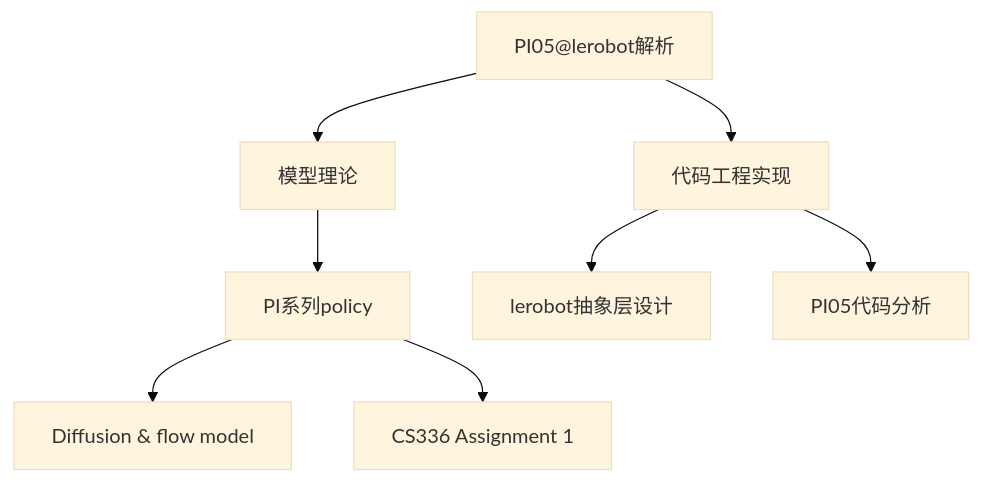
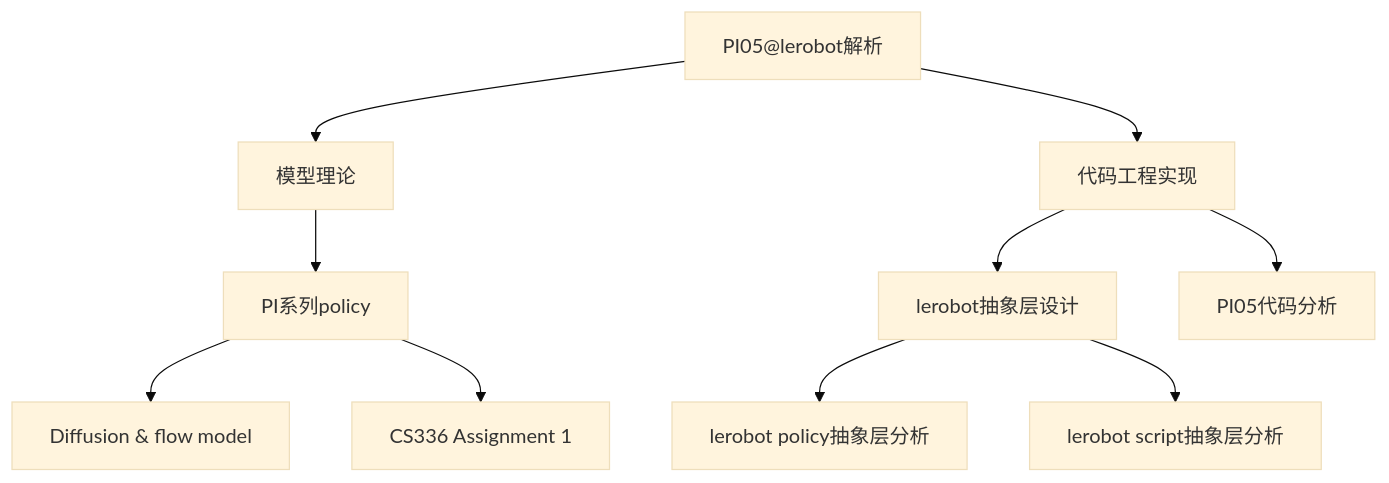
The diagram in 实践/双臂大模型/PI 系列 Policy.md (Timlin15/KnowlegeBase), drawn with Mermaid (base theme) before and after one commit. The commit also changed other lines of this file and 7 other files, not shown here.

````diff
--- a/实践/双臂大模型/PI 系列 Policy.md
+++ b/实践/双臂大模型/PI 系列 Policy.md
@@ -4,22 +4,26 @@
 ```mermaid
 flowchart TD
     Root["PI05@lerobot解析"]
 
     Theory[模型理论]
     PI_Policy[PI系列policy]
     Diffusion["Diffusion & flow model"]
     CS336[CS336 Assignment 1]
 
     Engineering[代码工程实现]
     Abstract[lerobot抽象层设计]
     CodeAnalysis[PI05代码分析]
+    abstract1[lerobot policy抽象层分析]
+    abstract2[lerobot script抽象层分析]
 
     Root --> Theory
     Theory --> PI_Policy
     PI_Policy --> Diffusion
     PI_Policy --> CS336
 
     Root --> Engineering
     Engineering --> Abstract
+    Abstract --> abstract1
+    Abstract --> abstract2
     Engineering --> CodeAnalysis
 ```
````
